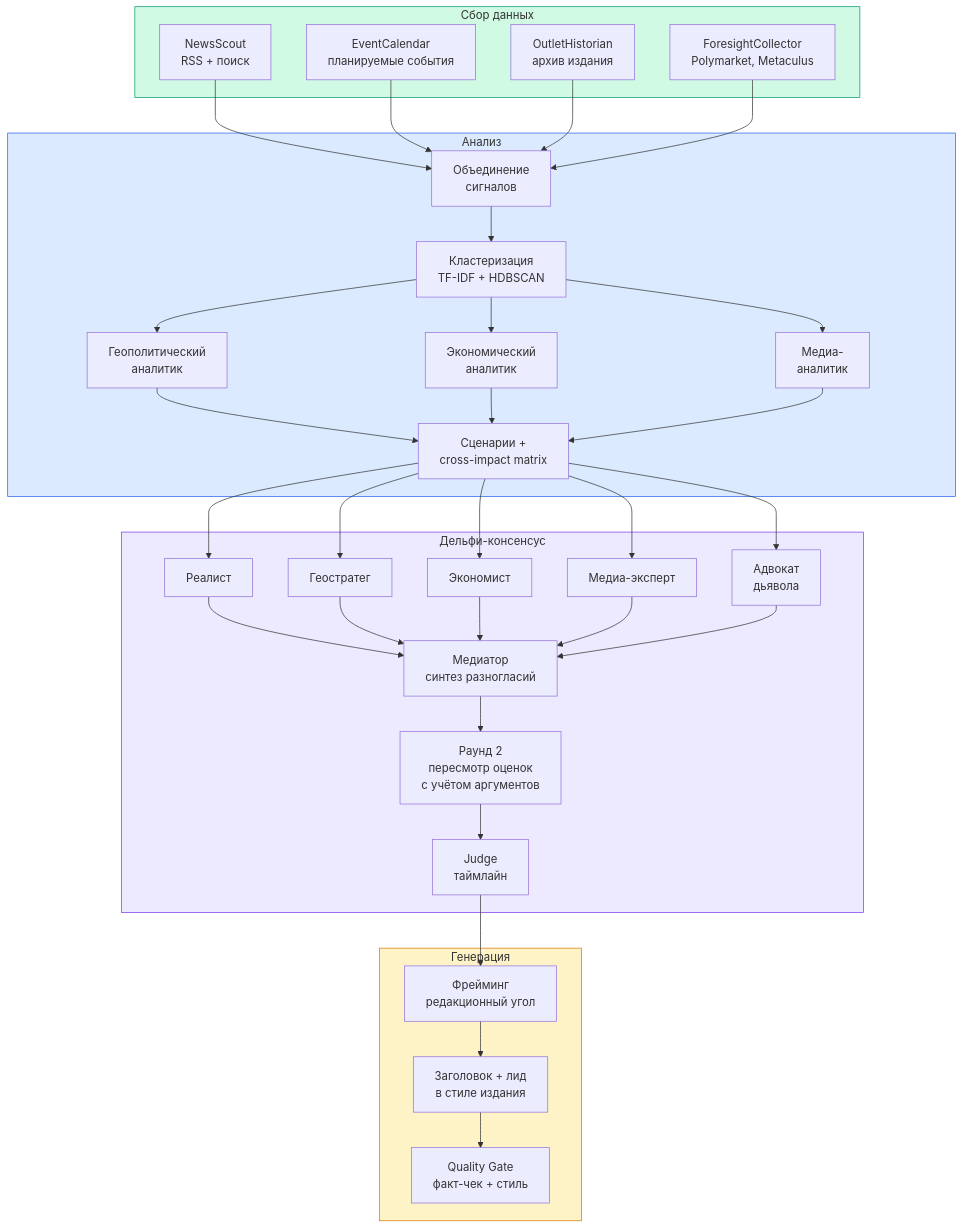
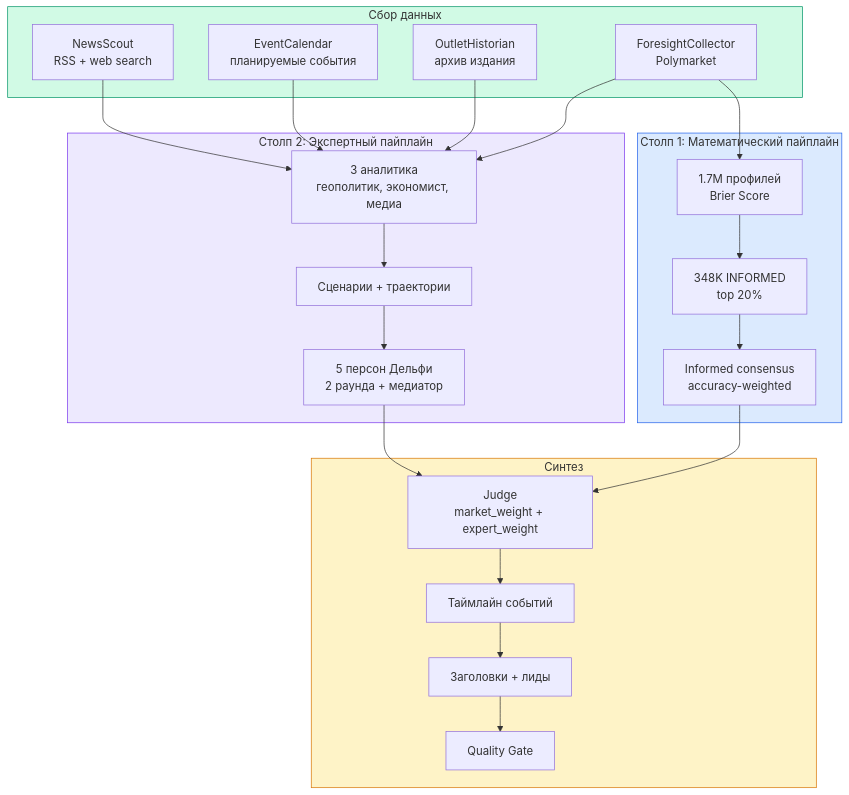
The first of 2 diagrams in README.md (Antopkin/delphi-press), drawn with Mermaid before and after one commit. The commit also changed other lines of this file and 1 other file, not shown here.

````diff
--- a/README.md
+++ b/README.md
@@ -75,33 +35,32 @@
 ```mermaid
 flowchart TD
     subgraph collect["Сбор данных"]
-        NS["NewsScout<br/>RSS + поиск"] & EC["EventCalendar<br/>планируемые события"] & OH["OutletHistorian<br/>архив издания"] & FC["ForesightCollector<br/>Polymarket, Metaculus"]
+        NS["NewsScout<br/>RSS + web search"] & EC["EventCalendar<br/>планируемые события"] & OH["OutletHistorian<br/>архив издания"] & FC["ForesightCollector<br/>Polymarket"]
     end
 
-    subgraph analyze["Анализ"]
-        MERGE["Объединение<br/>сигналов"] --> CLUSTER["Кластеризация<br/>TF-IDF + HDBSCAN"]
-        CLUSTER --> GA["Геополитический<br/>аналитик"] & EA["Экономический<br/>аналитик"] & MA["Медиа-<br/>аналитик"]
-        GA & EA & MA --> SCENARIOS["Сценарии +<br/>cross-impact matrix"]
+    subgraph pillar1["Столп 1: Математический пайплайн"]
+        PROFILES["1.7M профилей<br/>Brier Score"] --> INFORMED["348K INFORMED<br/>top 20%"]
+        INFORMED --> CONSENSUS["Informed consensus<br/>accuracy-weighted"]
     end
 
-    subgraph delphi["Дельфи-консенсус"]
-        P1["Реалист"] & P2["Геостратег"] & P3["Экономист"] & P4["Медиа-эксперт"] & P5["Адвокат<br/>дьявола"]
-        P1 & P2 & P3 & P4 & P5 --> MED["Медиатор<br/>синтез разногласий"]
-        MED --> R2["Раунд 2<br/>пересмотр оценок<br/>с учётом аргументов"]
-        R2 --> JUDGE["Judge<br/>таймлайн"]
+    subgraph pillar2["Столп 2: Экспертный пайплайн"]
+        ANALYSTS["3 аналитика<br/>геополитик, экономист, медиа"] --> SCENARIOS["Сценарии + траектории"]
+        SCENARIOS --> DELPHI["5 персон Дельфи<br/>2 раунда + медиатор"]
     end
 
-    subgraph output["Генерация"]
-        FRAME["Фрейминг<br/>редакционный угол"] --> HEADLINE["Заголовок + лид<br/>в стиле издания"]
-        HEADLINE --> QG["Quality Gate<br/>факт-чек + стиль"]
+    subgraph synthesis["Синтез"]
+        JUDGE["Judge<br/>market_weight + expert_weight"] --> TIMELINE["Таймлайн событий"]
+        TIMELINE --> HEADLINES["Заголовки + лиды"]
+        HEADLINES --> QG["Quality Gate"]
     end
 
-    NS & EC & OH & FC --> MERGE
-    SCENARIOS --> P1 & P2 & P3 & P4 & P5
-    JUDGE --> FRAME
+    NS & EC & OH & FC --> ANALYSTS
+    FC --> PROFILES
+    CONSENSUS --> JUDGE
+    DELPHI --> JUDGE
 
     style collect fill:#d1fae5,stroke:#059669
-    style analyze fill:#dbeafe,stroke:#2563eb
-    style delphi fill:#ede9fe,stroke:#7c3aed
-    style output fill:#fef3c7,stroke:#d97706
+    style pillar1 fill:#dbeafe,stroke:#2563eb
+    style pillar2 fill:#ede9fe,stroke:#7c3aed
+    style synthesis fill:#fef3c7,stroke:#d97706
 ```
````
